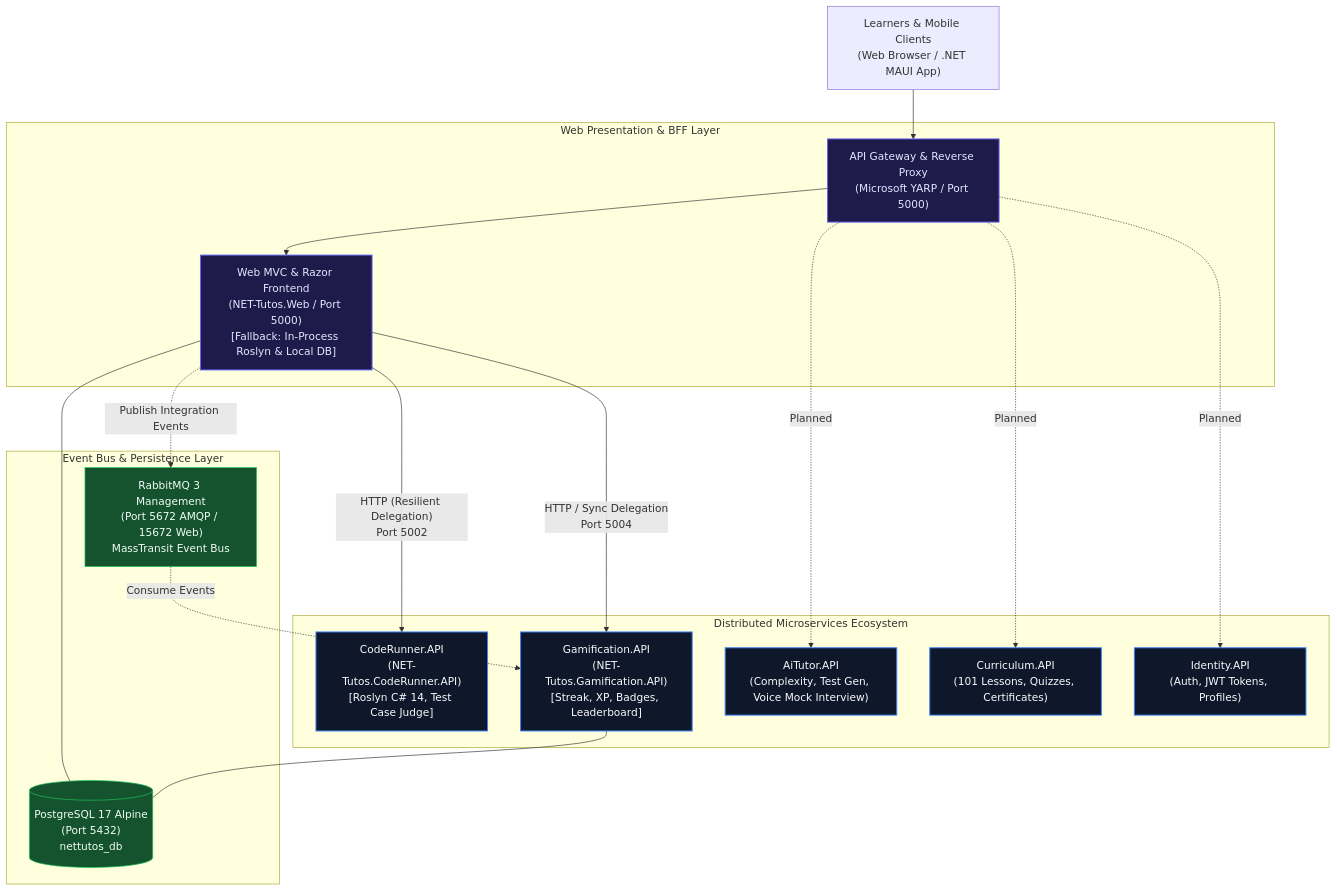
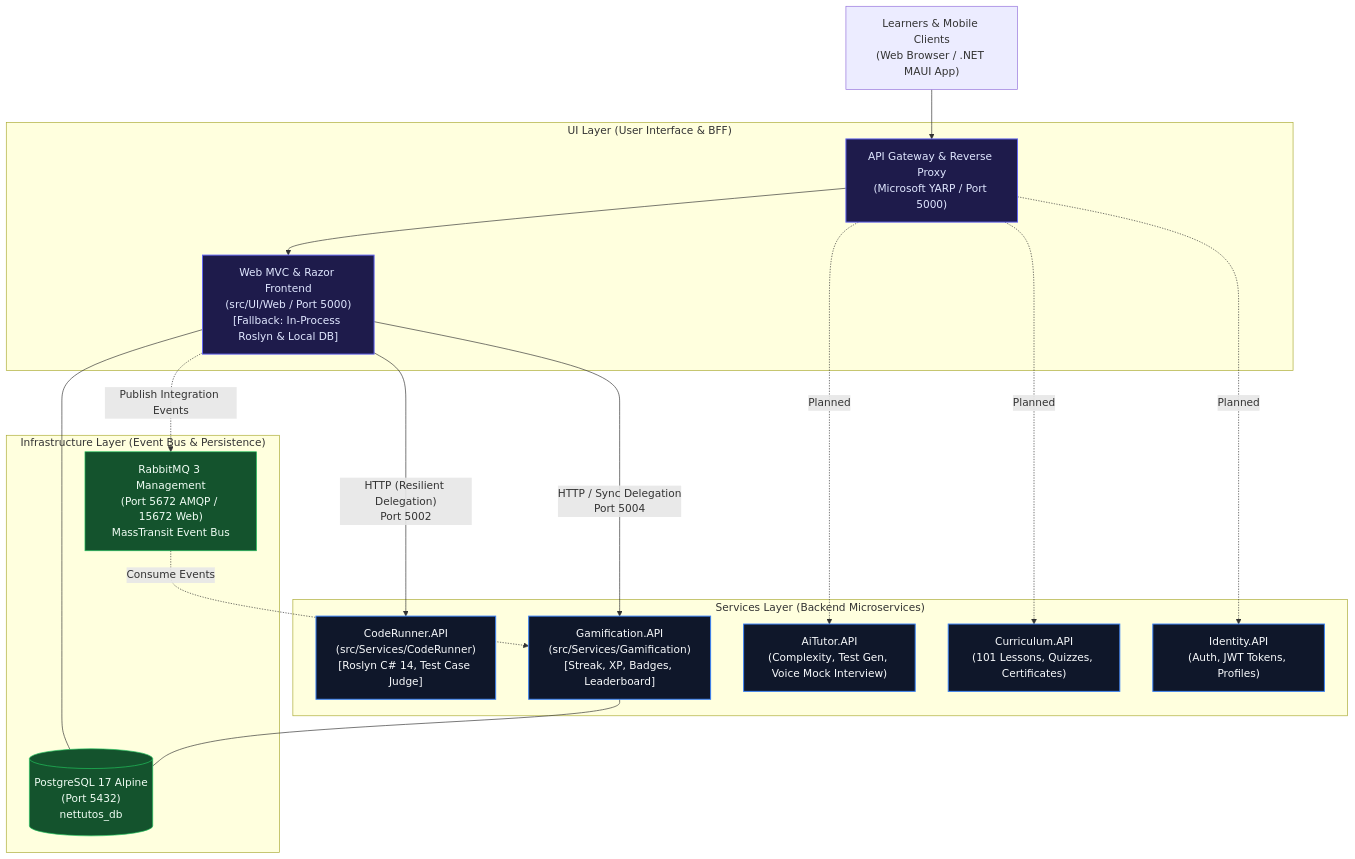
The first of 2 diagrams in docs/09_microservices_architecture_and_migration.md (KaitoDeus/NET-Tutos), drawn with Mermaid before and after one commit. The commit also changed other lines of this file and 340 other files, not shown here.

Commit message:
refactor(architecture): explicitly name layers as UI, Services, and Infrastructure across directories and solution

````diff
--- a/docs/09_microservices_architecture_and_migration.md
+++ b/docs/09_microservices_architecture_and_migration.md
@@ -23,34 +23,34 @@
 ```mermaid
 flowchart TD
     Clients["Learners & Mobile Clients\n(Web Browser / .NET MAUI App)"] --> YARP["API Gateway & Reverse Proxy\n(Microsoft YARP / Port 5000)"]
     
-    subgraph Frontend_BFF["Web Presentation & BFF Layer"]
-        YARP --> WebApp["Web MVC & Razor Frontend\n(NET-Tutos.Web / Port 5000)\n[Fallback: In-Process Roslyn & Local DB]"]
+    subgraph Frontend_BFF["UI Layer (User Interface & BFF)"]
+        YARP --> WebApp["Web MVC & Razor Frontend\n(src/UI/Web / Port 5000)\n[Fallback: In-Process Roslyn & Local DB]"]
     end
 
-    subgraph Microservices_Ecosystem["Distributed Microservices Ecosystem"]
-        WebApp -- "HTTP (Resilient Delegation)\nPort 5002" --> SvcRunner["CodeRunner.API\n(NET-Tutos.CodeRunner.API)\n[Roslyn C# 14, Test Case Judge]"]
-        WebApp -- "HTTP / Sync Delegation\nPort 5004" --> SvcGamify["Gamification.API\n(NET-Tutos.Gamification.API)\n[Streak, XP, Badges, Leaderboard]"]
+    subgraph Microservices_Ecosystem["Services Layer (Backend Microservices)"]
+        WebApp -- "HTTP (Resilient Delegation)\nPort 5002" --> SvcRunner["CodeRunner.API\n(src/Services/CodeRunner)\n[Roslyn C# 14, Test Case Judge]"]
+        WebApp -- "HTTP / Sync Delegation\nPort 5004" --> SvcGamify["Gamification.API\n(src/Services/Gamification)\n[Streak, XP, Badges, Leaderboard]"]
         YARP -. "Planned" .-> SvcAI["AiTutor.API\n(Complexity, Test Gen, Voice Mock Interview)"]
         YARP -. "Planned" .-> SvcCurriculum["Curriculum.API\n(101 Lessons, Quizzes, Certificates)"]
         YARP -. "Planned" .-> SvcIdentity["Identity.API\n(Auth, JWT Tokens, Profiles)"]
     end
 
-    subgraph Messaging_Persistence["Event Bus & Persistence Layer"]
+    subgraph Messaging_Persistence["Infrastructure Layer (Event Bus & Persistence)"]
         RabbitMQ["RabbitMQ 3 Management\n(Port 5672 AMQP / 15672 Web)\nMassTransit Event Bus"]
         Postgres[("PostgreSQL 17 Alpine\n(Port 5432)\nnettutos_db")]
         
         WebApp --- Postgres
         SvcGamify --- Postgres
         WebApp -. "Publish Integration Events" .-> RabbitMQ
         RabbitMQ -. "Consume Events" .-> SvcGamify
     end
 
     classDef gw fill:#1e1b4b,stroke:#6366f1,stroke-width:1.5px,color:#e0e7ff;
     classDef svc fill:#0f172a,stroke:#3b82f6,stroke-width:1.5px,color:#f8fafc;
     classDef infra fill:#14532d,stroke:#22c55e,stroke-width:1px,color:#f0fdf4;
 
     class YARP,WebApp gw;
     class SvcRunner,SvcAI,SvcGamify,SvcCurriculum,SvcIdentity svc;
     class RabbitMQ,Postgres infra;
 ```
````
